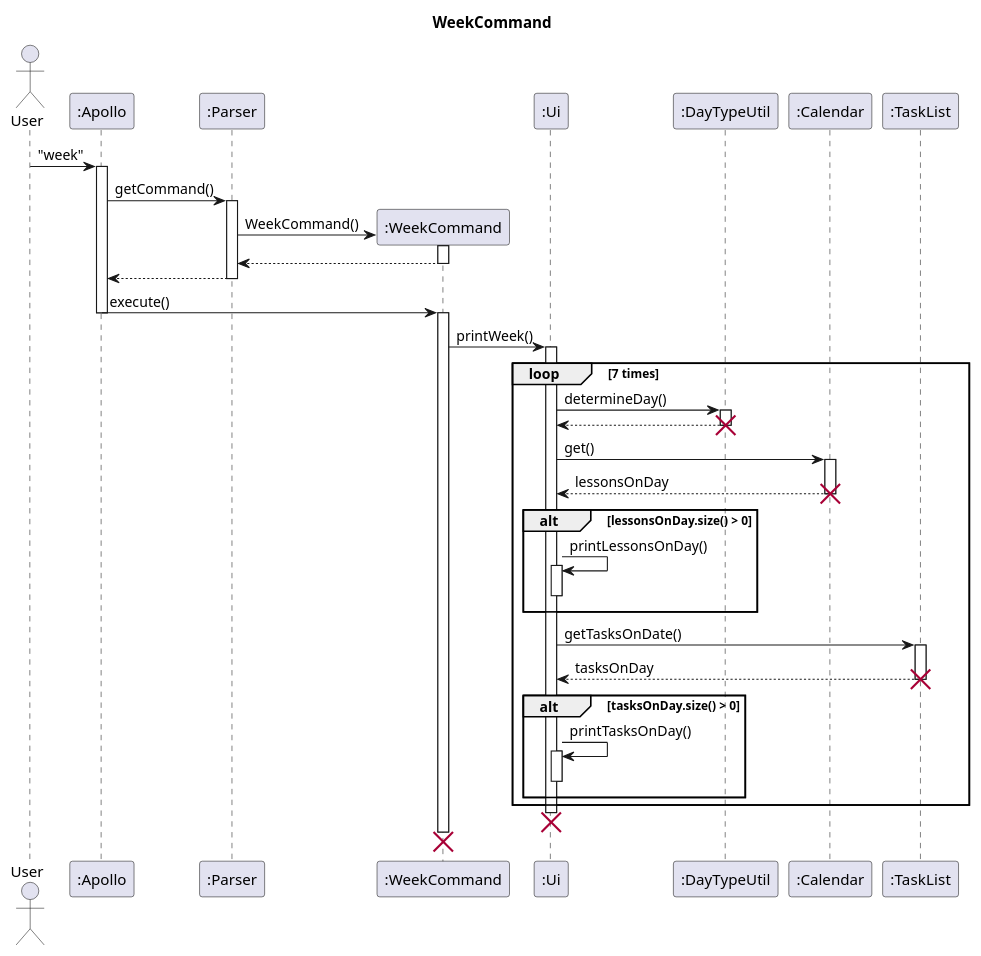
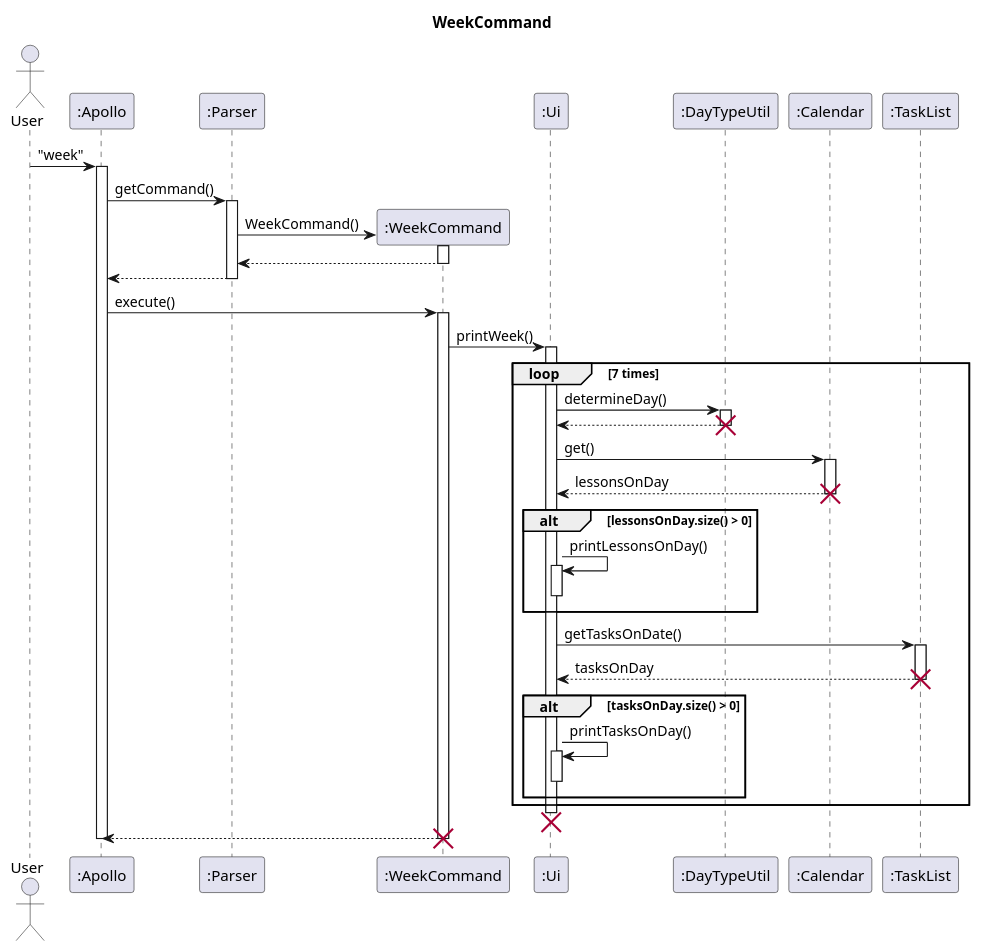
Before and after one commit to nus-cs2113-AY2223S2/tp: the diagram in docs/uml-source/Week.puml, drawn with PlantUML. The commit also changed 3 other files, not shown here.

Commit message:
Fix Week and AddCommand diagrams (return execute)

```diff
--- a/docs/uml-source/Week.puml
+++ b/docs/uml-source/Week.puml
@@ -1,61 +1,62 @@
 @startuml
 'https://plantuml.com/sequence-diagram
 
 title WeekCommand
 
 actor User
 participant ":Apollo" as Apollo
 participant ":Parser" as Parser
 participant ":WeekCommand" as week
 participant ":Ui" as Ui
 participant ":DayTypeUtil" as DayTypeUtil
 participant ":Calendar" as Calendar
 participant ":TaskList" as TaskList
 
 User -> Apollo : "week"
 activate Apollo
 Apollo -> Parser : getCommand()
 activate Parser
 Parser -> week** : WeekCommand()
 week++
 return
 return
 
 Apollo -> week : execute()
-Apollo --
 activate week
 
 
 week -> Ui : printWeek()
 activate Ui
 
 loop 7 times
     Ui -> DayTypeUtil : determineDay()
     activate DayTypeUtil
     return
     destroy DayTypeUtil
 
     Ui -> Calendar : get()
     activate Calendar
     Calendar --> Ui : lessonsOnDay
     destroy Calendar
     alt lessonsOnDay.size() > 0
     Ui -> Ui : printLessonsOnDay()
     activate Ui
     deactivate Ui
     end
 
     Ui -> TaskList : getTasksOnDate()
     activate TaskList
     TaskList --> Ui : tasksOnDay
     destroy TaskList
     alt tasksOnDay.size() > 0
     Ui -> Ui : printTasksOnDay()
     activate Ui
     deactivate Ui
     end
 end
 destroy Ui
+week --> Apollo
 destroy week
+Apollo--
 
 @enduml
```
